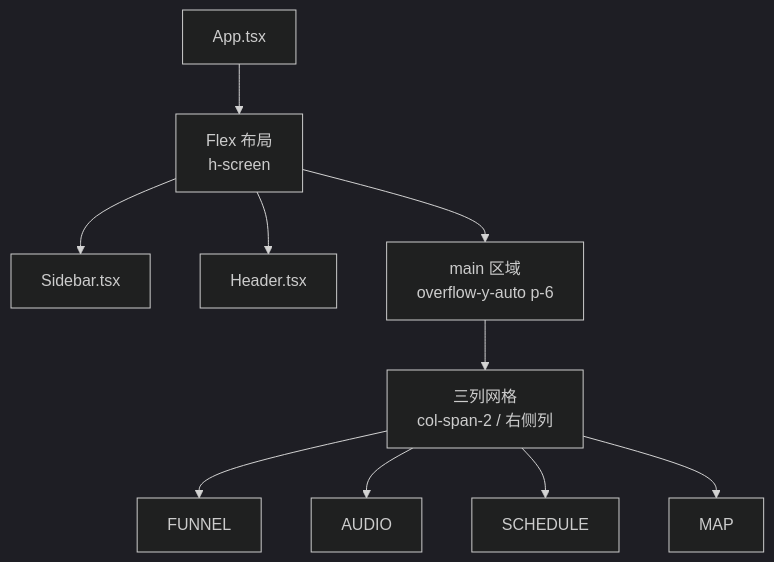
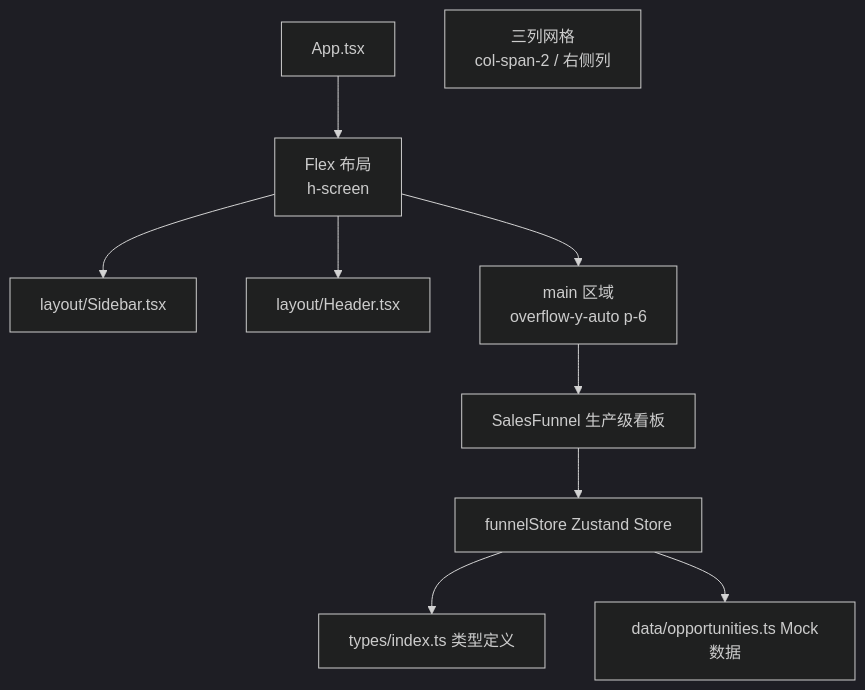
The second of 3 diagrams in .qoder/repowiki/zh/content/UI_UX设计/组件库规范/组件库规范.md (xianjianshenqu/SalesFlow-CRM), drawn with Mermaid (dark theme) before and after one commit. The commit also changed other lines of this file and 25 other files, not shown here.

````diff
--- a/.qoder/repowiki/zh/content/UI_UX设计/组件库规范/组件库规范.md
+++ b/.qoder/repowiki/zh/content/UI_UX设计/组件库规范/组件库规范.md
@@ -106,18 +135,21 @@
 ```mermaid
 graph TB
 APP["App.tsx"]
 LAYOUT["Flex 布局<br/>h-screen"]
-SIDEBAR["Sidebar.tsx"]
-HEADER["Header.tsx"]
+SIDEBAR["layout/Sidebar.tsx"]
+HEADER["layout/Header.tsx"]
 MAIN["main 区域<br/>overflow-y-auto p-6"]
 GRID["三列网格<br/>col-span-2 / 右侧列"]
+FUNNEL["SalesFunnel 生产级看板"]
+STORE["funnelStore Zustand Store"]
+TYPES["types/index.ts 类型定义"]
+DATA["data/opportunities.ts Mock数据"]
 APP --> LAYOUT
 LAYOUT --> SIDEBAR
 LAYOUT --> HEADER
 LAYOUT --> MAIN
-MAIN --> GRID
-GRID --> FUNNEL
-GRID --> AUDIO
-GRID --> SCHEDULE
-GRID --> MAP
+MAIN --> FUNNEL
+FUNNEL --> STORE
+STORE --> TYPES
+STORE --> DATA
 ```
````
